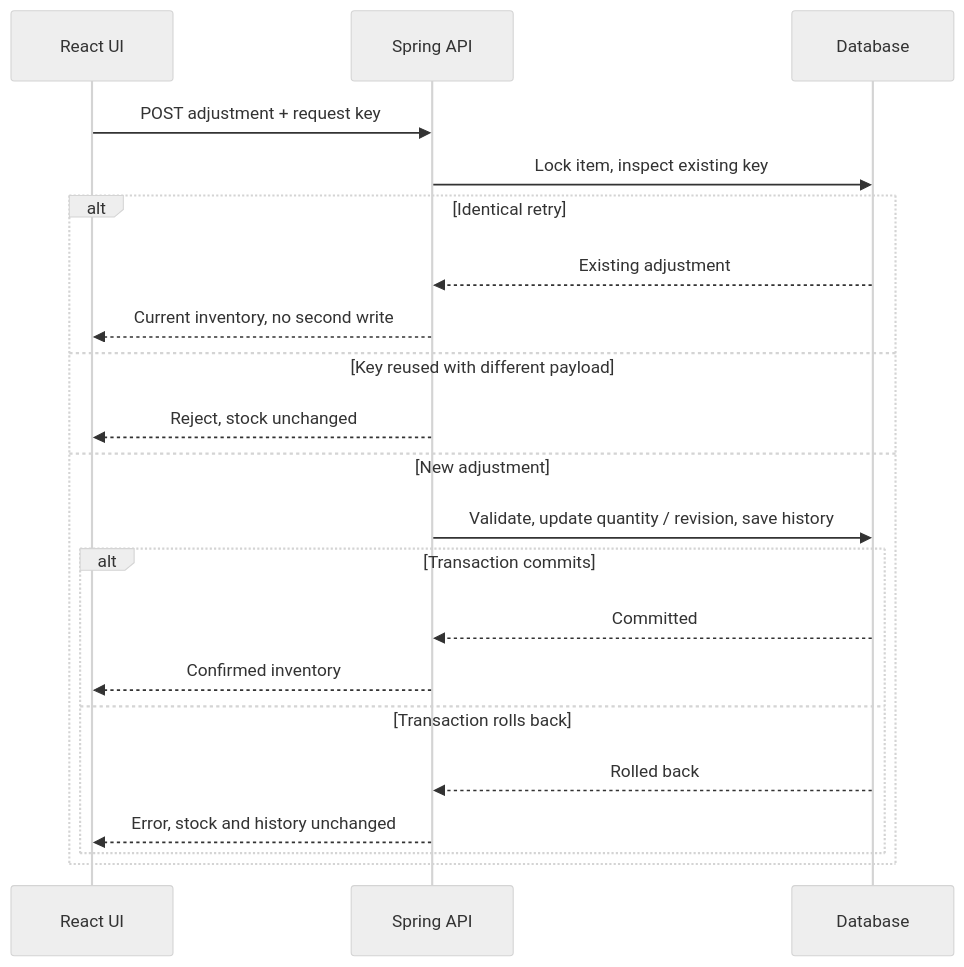
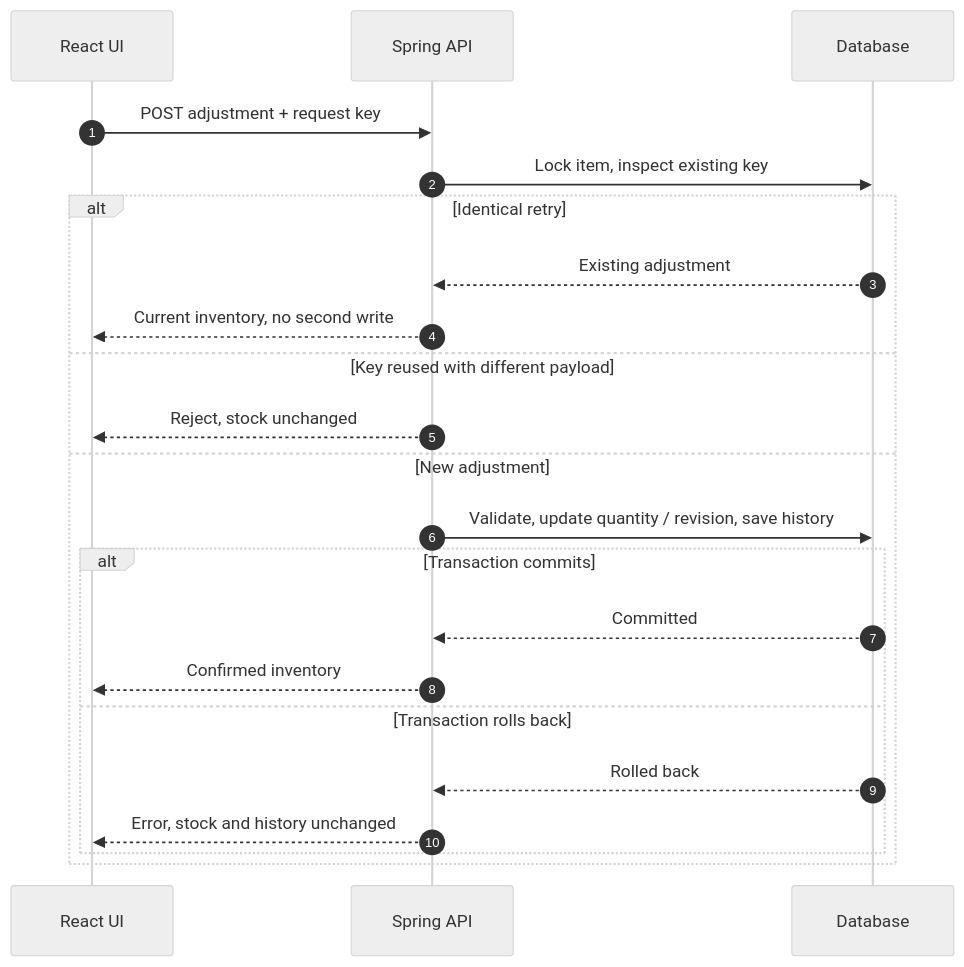
Before and after one commit to chankiahuja/pantry-pal: the seventh of 7 diagrams in docs/ARCHITECTURE.md, drawn with Mermaid (neutral theme). The commit also changed other lines of this file, not shown here.

Commit message:
docs: visually style architecture diagrams with consistent Mermaid palette and sequence numbering

````diff
--- a/docs/ARCHITECTURE.md
+++ b/docs/ARCHITECTURE.md
@@ -129,24 +171,25 @@
 ```mermaid
 sequenceDiagram
+    autonumber
     participant UI as React UI
     participant API as Spring API
     participant DB as Database
 
     UI->>API: POST adjustment + request key
     API->>DB: Lock item, inspect existing key
     alt Identical retry
         DB-->>API: Existing adjustment
         API-->>UI: Current inventory, no second write
     else Key reused with different payload
         API-->>UI: Reject, stock unchanged
     else New adjustment
         API->>DB: Validate, update quantity / revision, save history
         alt Transaction commits
             DB-->>API: Committed
             API-->>UI: Confirmed inventory
         else Transaction rolls back
             DB-->>API: Rolled back
             API-->>UI: Error, stock and history unchanged
         end
     end
 ```
````
